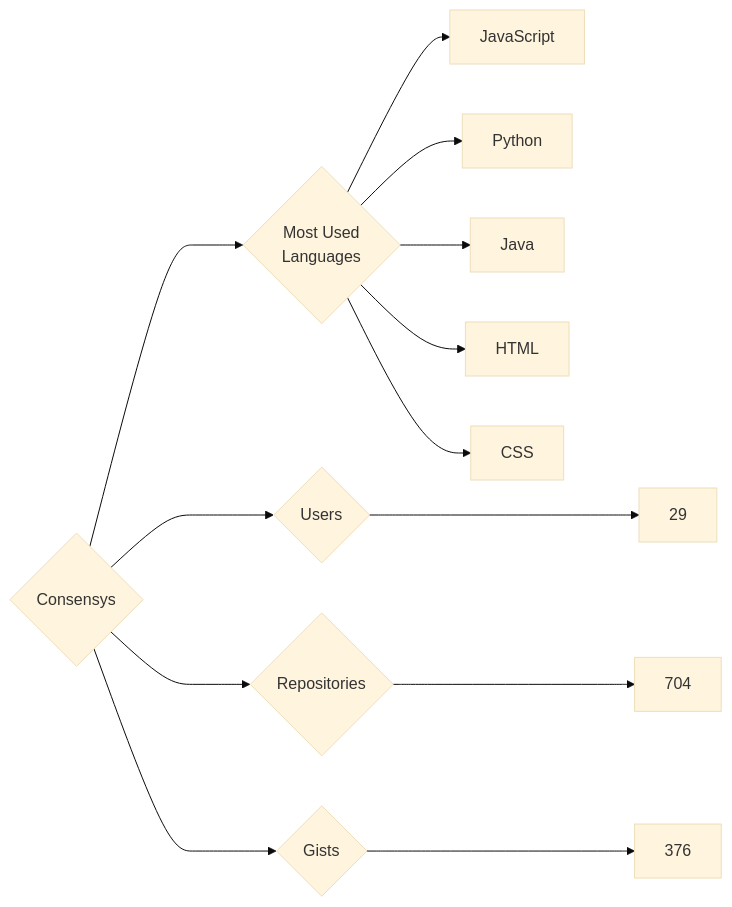
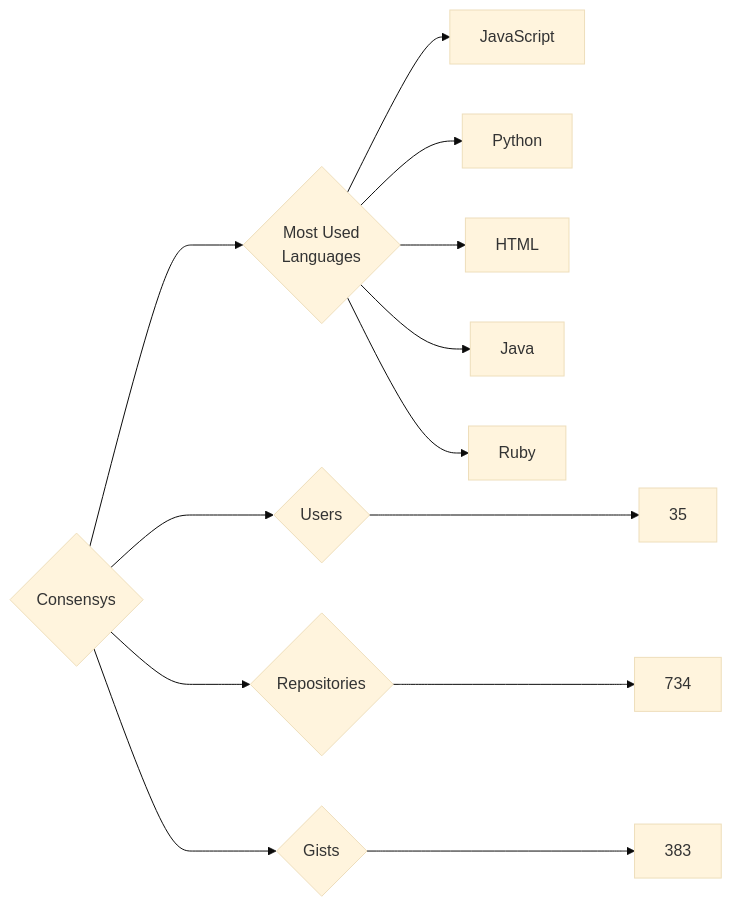
The diagram in targets/Consensys/README.md (trickest/insiders), drawn with Mermaid (base theme) before and after one commit. The commit also changed 752 other files, not shown here.

````diff
--- a/targets/Consensys/README.md
+++ b/targets/Consensys/README.md
@@ -3,13 +3,13 @@
 ```mermaid
 graph LR
 COMPANY_NAME{Consensys}
-COMPANY_NAME ---> U{Users} ---> UN[29]
-COMPANY_NAME ---> R{Repositories} ---> RN[704]
-COMPANY_NAME ---> G{Gists} ---> GN[376]
+COMPANY_NAME ---> U{Users} ---> UN[35]
+COMPANY_NAME ---> R{Repositories} ---> RN[734]
+COMPANY_NAME ---> G{Gists} ---> GN[383]
 COMPANY_NAME ---> ML{Most Used<br>Languages}
 ML --> JavaScript[JavaScript]
 ML --> Python[Python]
+ML --> HTML[HTML]
 ML --> Java[Java]
-ML --> HTML[HTML]
-ML --> CSS[CSS]
+ML --> Ruby[Ruby]
 ```
````
